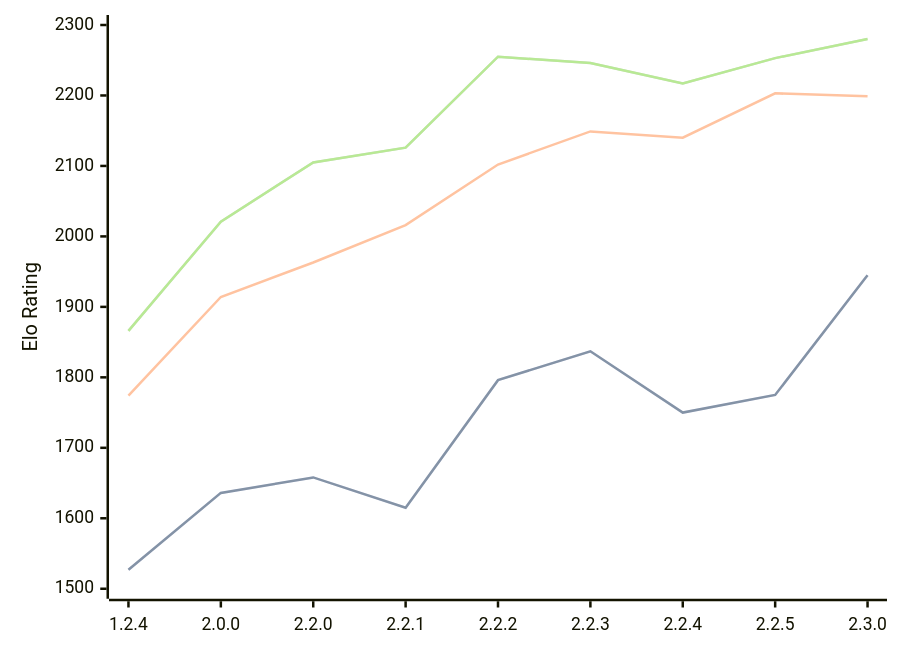
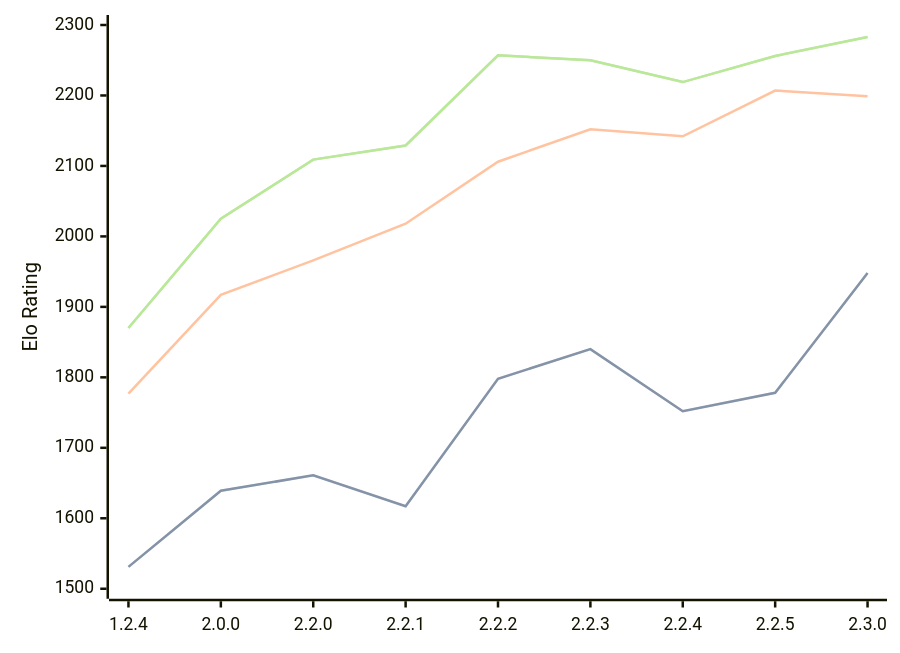
One commit to computer-chess-index/cci changed the diagram in engines/Kreveta.md. Above: the diagram before and after it, drawn with Mermaid. The commit also changed other lines of this file, not shown here.

Commit message:
Update CCI Ratings (ELO VLTC) - 2026-04-30

````diff
--- a/engines/Kreveta.md
+++ b/engines/Kreveta.md
@@ -42,11 +42,11 @@
 ```mermaid
 %%{init: {"theme":"base","themeVariables":{"seriesColors:['#a3a3a3','#222221','#faa371']}}}%%
 xychart-beta
   x-axis ["1.2.4", "2.0.0", "2.2.0", "2.2.1", "2.2.2", "2.2.3", "2.2.4", "2.2.5", "2.3.0"]
   y-axis "Elo Rating" 1500 --> 2300
-  line "STC (8.0+0.08s)" [1527, 1636, 1658, 1615, 1796, 1837, 1750, 1775, 1945]
-  line "STC (8.0+0.08s)" [1527, 1636, 1658, 1615, 1796, 1837, 1750, 1775, 1945]
-  line "LTC (60.0+0.60s)" [1774, 1914, 1963, 2016, 2102, 2149, 2140, 2203, 2199]
-  line "VLTC (2m24s+1.12s)" [1866, 2021, 2105, 2126, 2255, 2246, 2217, 2253, 2280]
-  line "VLTC (2m24s+1.12s)" [1866, 2021, 2105, 2126, 2255, 2246, 2217, 2253, 2280]
+  line "STC (8.0+0.08s)" [1531, 1639, 1661, 1617, 1798, 1840, 1752, 1778, 1948]
+  line "STC (8.0+0.08s)" [1531, 1639, 1661, 1617, 1798, 1840, 1752, 1778, 1948]
+  line "LTC (60.0+0.60s)" [1777, 1917, 1966, 2018, 2106, 2152, 2142, 2207, 2199]
+  line "VLTC (2m24s+1.12s)" [1870, 2025, 2109, 2129, 2257, 2250, 2219, 2256, 2283]
+  line "VLTC (2m24s+1.12s)" [1870, 2025, 2109, 2129, 2257, 2250, 2219, 2256, 2283]
 ```
````
